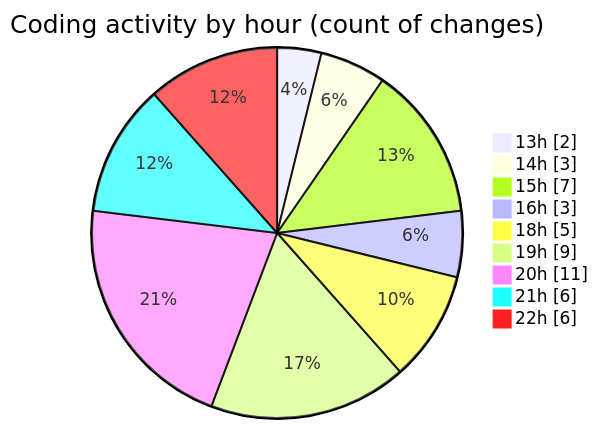
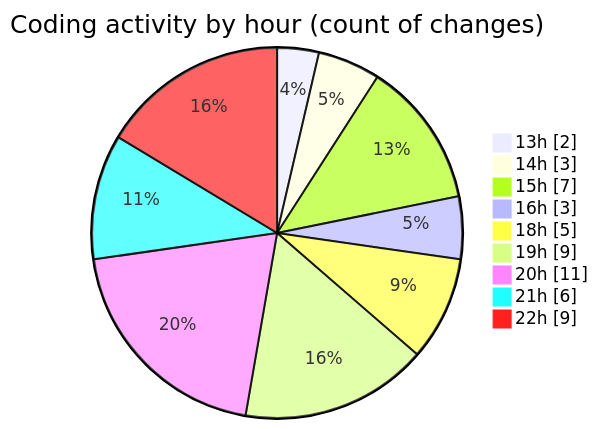
One commit to julien-gomy/code-tracking changed the second of 2 diagrams in 2025-11-14/cdp_aleoudev_fr__workspace_/README.md. Above: the diagram before and after it, drawn with Mermaid. The commit also changed other lines of this file and 1 other file, not shown here.

````diff
--- a/2025-11-14/cdp_aleoudev_fr__workspace_/README.md
+++ b/2025-11-14/cdp_aleoudev_fr__workspace_/README.md
@@ -44,13 +44,13 @@
 ```mermaid
 pie showData
 title Coding activity by hour (count of changes)
 "13h" : 2
 "14h" : 3
 "15h" : 7
 "16h" : 3
 "18h" : 5
 "19h" : 9
 "20h" : 11
 "21h" : 6
-"22h" : 6
+"22h" : 9
 ```
````
